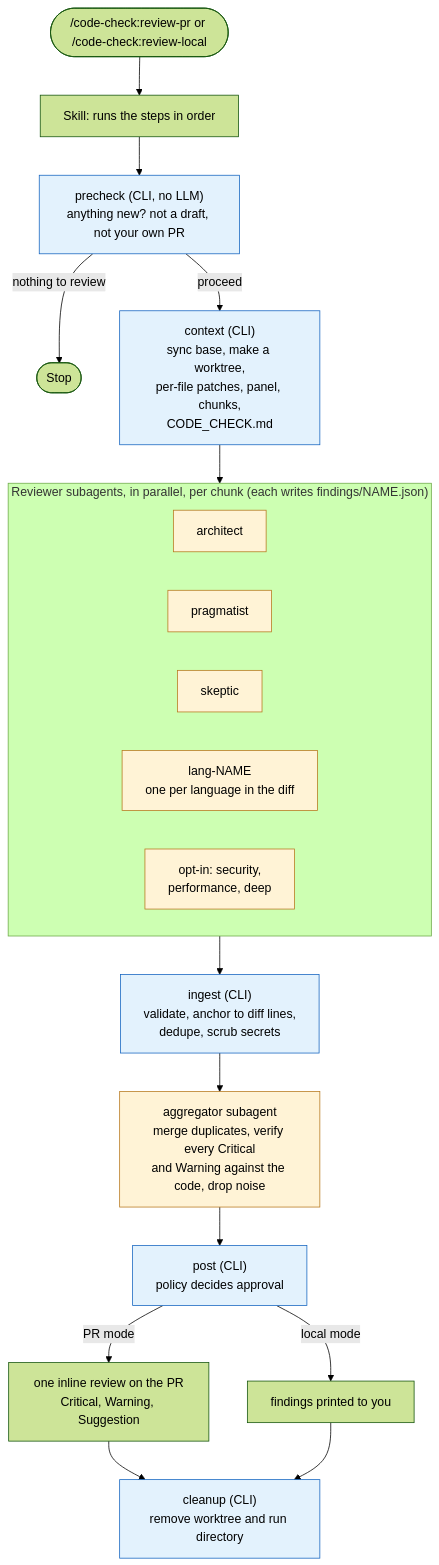
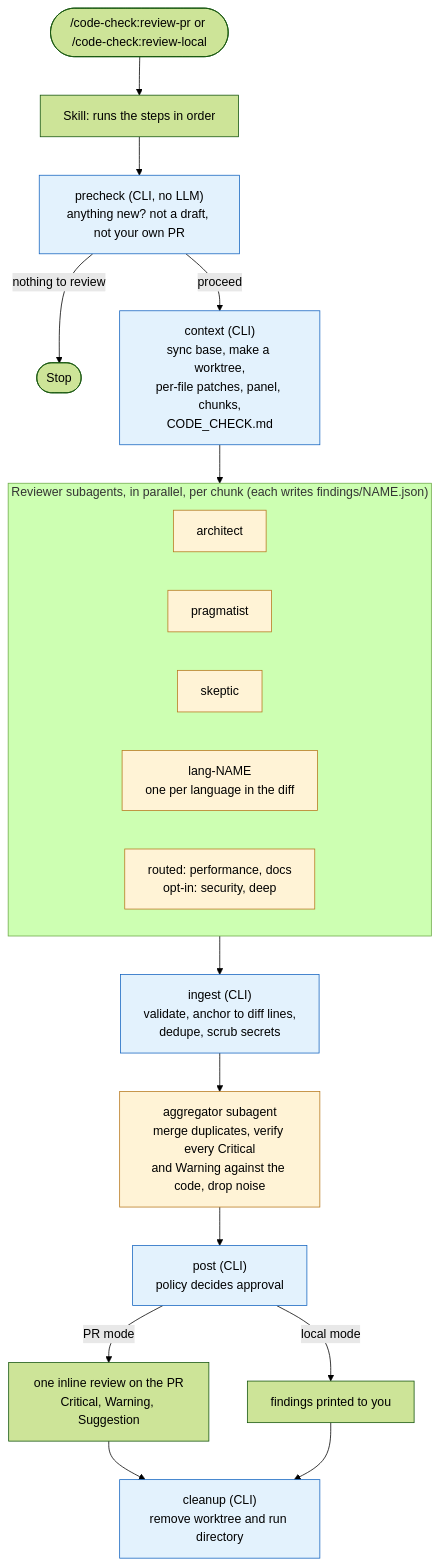
Before and after one commit to subhiandrews/codecheck: the diagram in docs/ARCHITECTURE.md, drawn with Mermaid (forest theme). The commit also changed other lines of this file and 27 other files, not shown here.

First line of the commit message:
feat: route architect, performance and docs reviewers from the diff; add full mode and a docs reviewer

````diff
--- a/docs/ARCHITECTURE.md
+++ b/docs/ARCHITECTURE.md
@@ -19,30 +19,30 @@
 ```mermaid
 flowchart TD
     start(["/code-check:review-pr or /code-check:review-local"]) --> skill["Skill: runs the steps in order"]
     skill --> precheck["precheck (CLI, no LLM)<br/>anything new? not a draft, not your own PR"]
     precheck -->|nothing to review| stop(["Stop"])
     precheck -->|proceed| context["context (CLI)<br/>sync base, make a worktree,<br/>per-file patches, panel, chunks,<br/>CODE_CHECK.md"]
     context --> panel
 
     subgraph panel["Reviewer subagents, in parallel, per chunk (each writes findings/NAME.json)"]
         direction LR
         arch[architect]
         prag[pragmatist]
         skep[skeptic]
         lang["lang-NAME<br/>one per language in the diff"]
-        opt["opt-in: security,<br/>performance, deep"]
+        opt["routed: performance, docs<br/>opt-in: security, deep"]
     end
 
     panel --> ingest["ingest (CLI)<br/>validate, anchor to diff lines,<br/>dedupe, scrub secrets"]
     ingest --> agg["aggregator subagent<br/>merge duplicates, verify every Critical<br/>and Warning against the code, drop noise"]
     agg --> post["post (CLI)<br/>policy decides approval"]
     post -->|PR mode| gh["one inline review on the PR<br/>Critical, Warning, Suggestion"]
     post -->|local mode| out["findings printed to you"]
     gh --> cleanup["cleanup (CLI)<br/>remove worktree and run directory"]
     out --> cleanup
 
     classDef llm fill:#fff3d6,stroke:#b7791f,color:#000
     classDef cli fill:#e3f2fd,stroke:#1565c0,color:#000
     class arch,prag,skep,lang,opt,agg llm
     class precheck,context,ingest,post,cleanup cli
 ```
````
